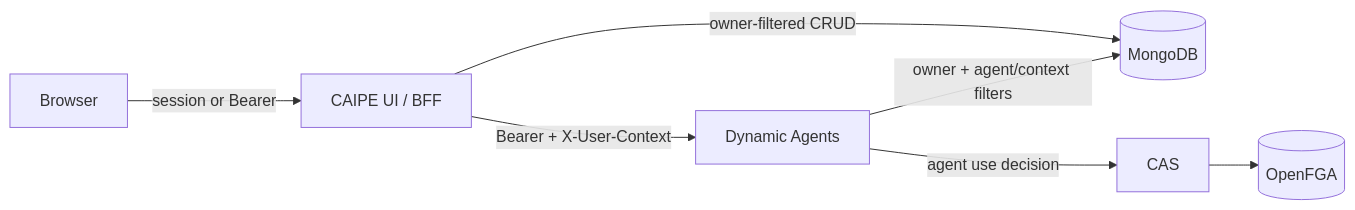
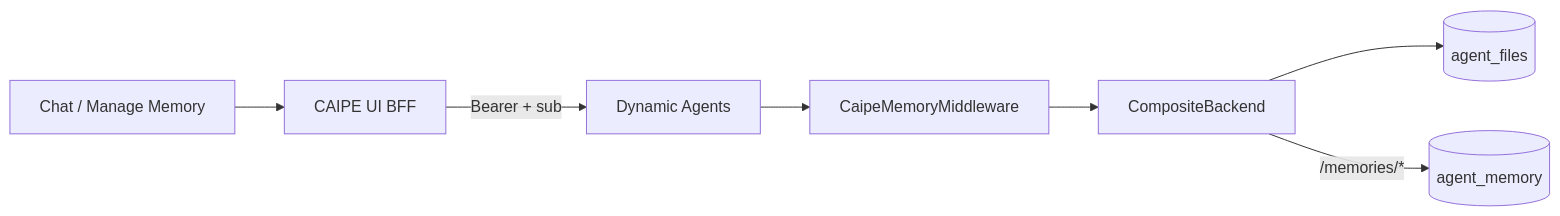
Before and after one commit to cnoe-io/ai-platform-engineering: the first of 3 diagrams in docs/docs/architecture/user-memory-design.md, drawn with Mermaid. The commit also changed other lines of this file and 83 other files, not shown here.

Commit message:
feat(memory): new memory architecture using deepagent lib and AGENT.md files

````diff
--- a/docs/docs/architecture/user-memory-design.md
+++ b/docs/docs/architecture/user-memory-design.md
@@ -127,9 +15,9 @@
 ```mermaid
 flowchart LR
-  Browser[Browser] -->|session or Bearer| BFF[CAIPE UI / BFF]
-  BFF -->|owner-filtered CRUD| Mongo[(MongoDB)]
-  BFF -->|Bearer + X-User-Context| DA[Dynamic Agents]
-  DA -->|agent use decision| CAS[CAS]
-  CAS --> OpenFGA[(OpenFGA)]
-  DA -->|owner + agent/context filters| Mongo
+  UI[Chat / Manage Memory] --> BFF[CAIPE UI BFF]
+  BFF -->|Bearer + sub| DA[Dynamic Agents]
+  DA --> MW[CaipeMemoryMiddleware]
+  MW --> CB[CompositeBackend]
+  CB --> AF[(agent_files)]
+  CB -->|/memories/*| MF[(agent_memory)]
 ```
````
